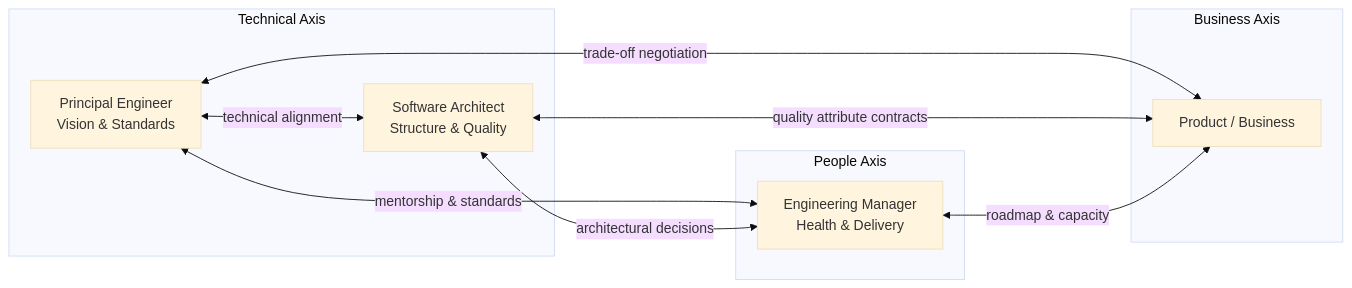
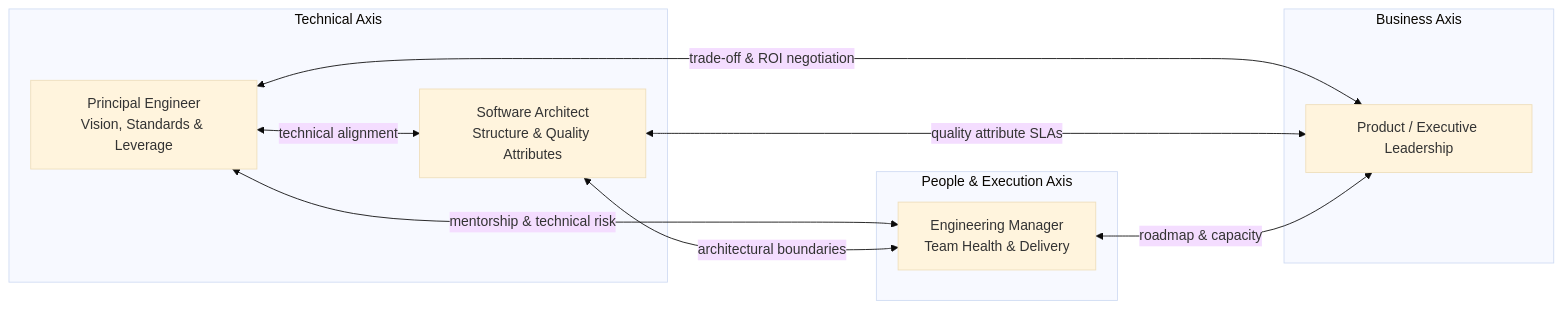
The first of 2 diagrams in docs/01-roles-responsibilities.md (nitinkc/PrincipalEngineer_InterviewGuide), drawn with Mermaid (base theme) before and after one commit. The commit also changed other lines of this file and 27 other files, not shown here.

````diff
--- a/docs/01-roles-responsibilities.md
+++ b/docs/01-roles-responsibilities.md
@@ -14,20 +30,20 @@
 ```mermaid
 graph LR
     subgraph "Technical Axis"
-        SA[Software Architect\nStructure & Quality]
-        PE[Principal Engineer\nVision & Standards]
+        SA["Software Architect<br/>Structure & Quality Attributes"]
+        PE["Principal Engineer<br/>Vision, Standards & Leverage"]
     end
-    subgraph "People Axis"
-        EM[Engineering Manager\nHealth & Delivery]
+    subgraph "People & Execution Axis"
+        EM["Engineering Manager<br/>Team Health & Delivery"]
     end
     subgraph "Business Axis"
-        PO[Product / Business]
+        PO["Product / Executive Leadership"]
     end
 
-    PE <-->|technical alignment| SA
-    PE <-->|mentorship & standards| EM
-    SA <-->|architectural decisions| EM
-    PE <-->|trade-off negotiation| PO
-    SA <-->|quality attribute contracts| PO
-    EM <-->|roadmap & capacity| PO
+    PE <-->|"technical alignment"| SA
+    PE <-->|"mentorship & technical risk"| EM
+    SA <-->|"architectural boundaries"| EM
+    PE <-->|"trade-off & ROI negotiation"| PO
+    SA <-->|"quality attribute SLAs"| PO
+    EM <-->|"roadmap & capacity"| PO
 ```
````
